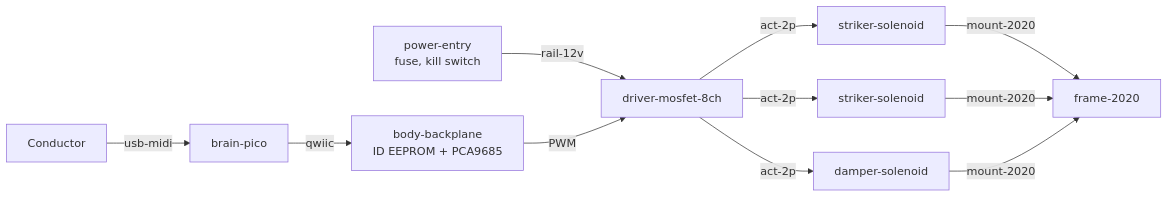
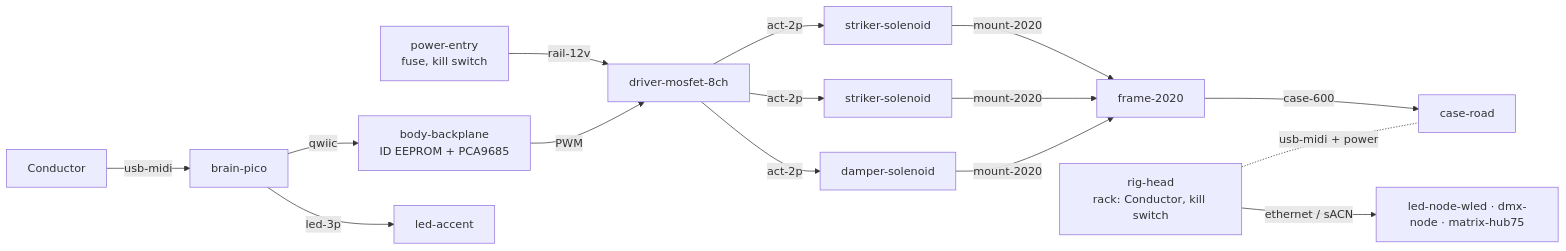
Before and after one commit to fotijr/MetroDom: the diagram in hardware/README.md, drawn with Mermaid. The commit also changed other lines of this file and 40 other files, not shown here.

````diff
--- a/hardware/README.md
+++ b/hardware/README.md
@@ -36,11 +41,15 @@
 ```mermaid
 flowchart LR
   conductor[Conductor] -- usb-midi --> brain[brain-pico]
   brain -- qwiic --> backplane[body-backplane<br/>ID EEPROM + PCA9685]
   psu[power-entry<br/>fuse, kill switch] -- rail-12v --> driver[driver-mosfet-8ch]
   backplane -- PWM --> driver
   driver -- act-2p --> s1[striker-solenoid]
   driver -- act-2p --> s2[striker-solenoid]
   driver -- act-2p --> d1[damper-solenoid]
   s1 & s2 & d1 -- mount-2020 --> frame[frame-2020]
+  frame -- case-600 --> case[case-road]
+  head[rig-head<br/>rack: Conductor, kill switch] -. usb-midi + power .- case
+  brain -- led-3p --> accent[led-accent]
+  head -- ethernet / sACN --> lights[led-node-wled · dmx-node · matrix-hub75]
 ```
````
